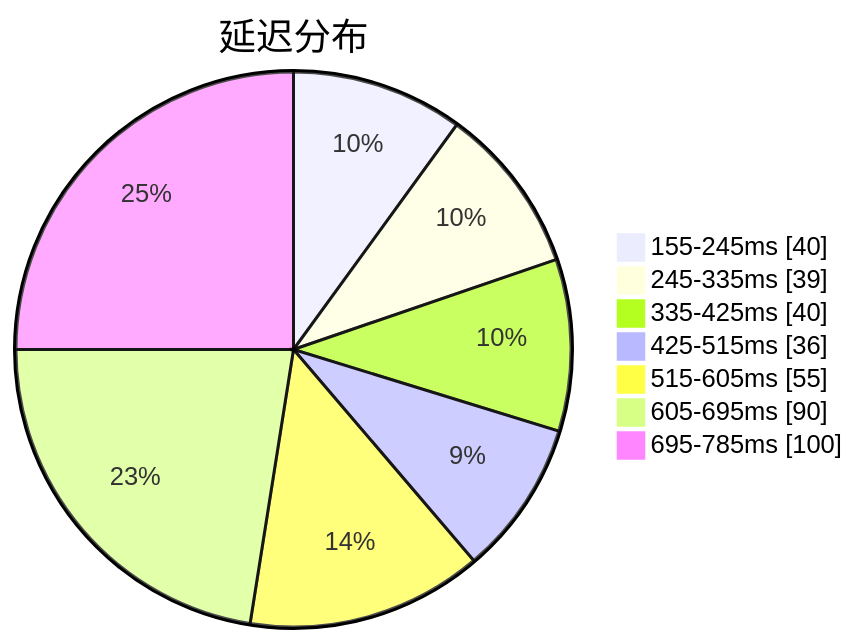
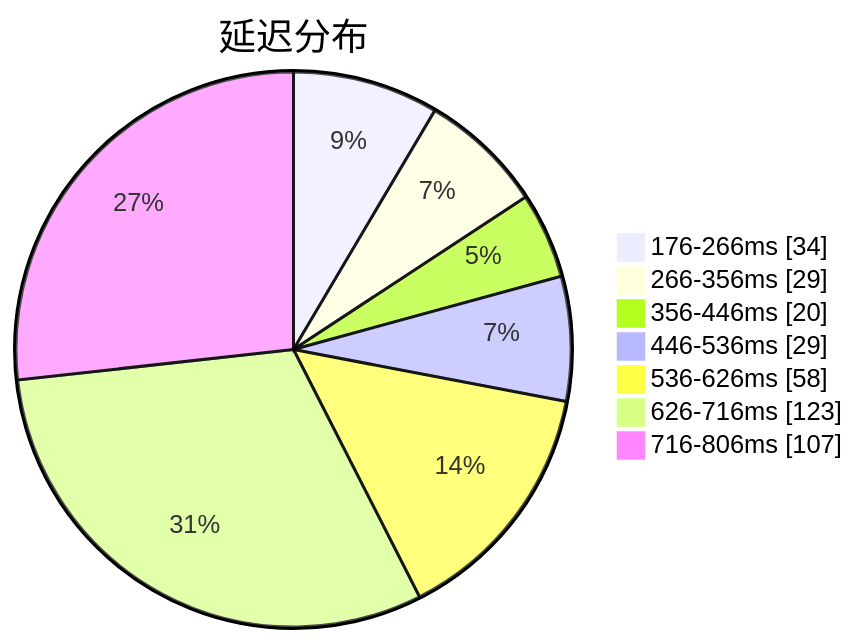
Before and after one commit to qjlxg/airport: the first of 3 diagrams in subs/statistics/tested_within.md, drawn with Mermaid. The commit also changed other lines of this file and 2 other files, not shown here.

````diff
--- a/subs/statistics/tested_within.md
+++ b/subs/statistics/tested_within.md
@@ -2,11 +2,11 @@
 ```mermaid
 pie showData
 title 延迟分布
-"155-245ms" : 40
-"245-335ms" : 39
-"335-425ms" : 40
-"425-515ms" : 36
-"515-605ms" : 55
-"605-695ms" : 90
-"695-785ms" : 100
+"176-266ms" : 34
+"266-356ms" : 29
+"356-446ms" : 20
+"446-536ms" : 29
+"536-626ms" : 58
+"626-716ms" : 123
+"716-806ms" : 107
 ```
````
